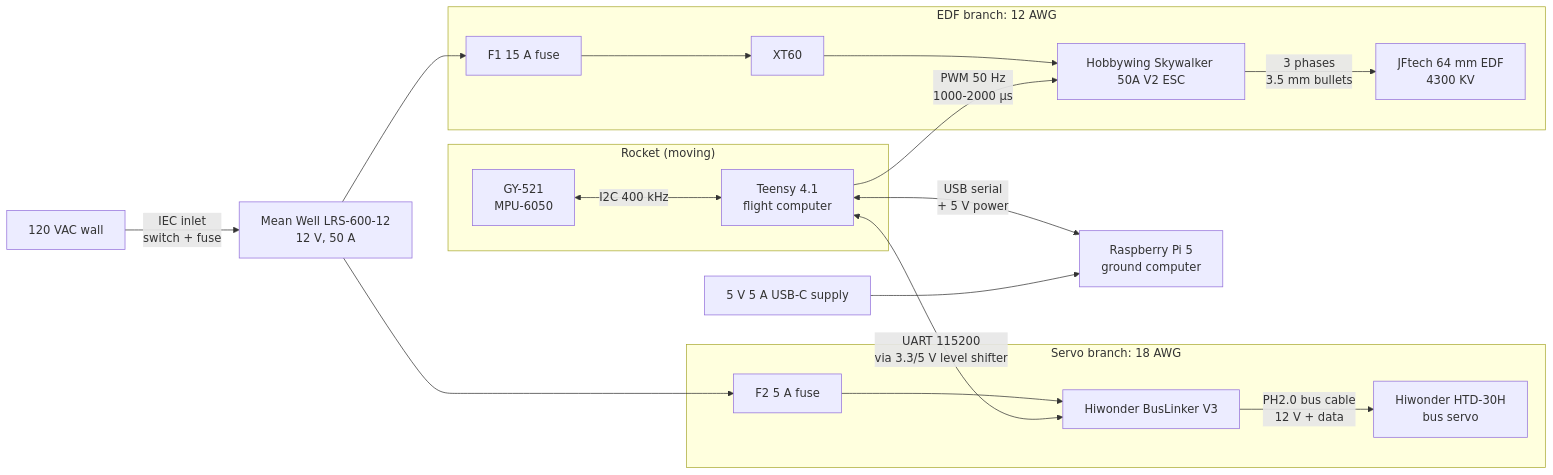
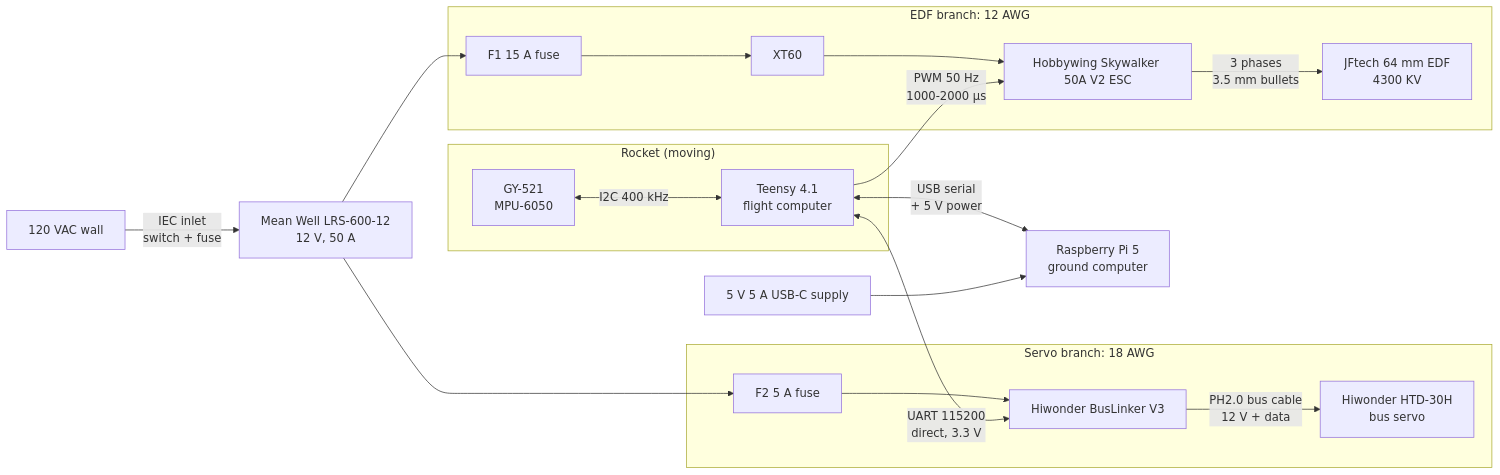
Before and after one commit to nsappling/ThrustVectorControl: the diagram in docs/system_overview.md, drawn with Mermaid. The commit also changed other lines of this file and 12 other files, not shown here.

First line of the commit message:
Wiring rev B: document as-built (no level shifter, IMU INT unused)

````diff
--- a/docs/system_overview.md
+++ b/docs/system_overview.md
@@ -7,28 +7,28 @@
 ```mermaid
 flowchart LR
     AC["120 VAC wall"] -->|"IEC inlet<br/>switch + fuse"| PSU["Mean Well LRS-600-12<br/>12 V, 50 A"]
 
     subgraph EDF_BRANCH["EDF branch: 12 AWG"]
         F1["F1 15 A fuse"] --> XT60["XT60"] --> ESC["Hobbywing Skywalker 50A V2 ESC"]
         ESC -->|"3 phases<br/>3.5 mm bullets"| EDF["JFtech 64 mm EDF<br/>4300 KV"]
     end
 
     subgraph SERVO_BRANCH["Servo branch: 18 AWG"]
         F2["F2 5 A fuse"] --> BL["Hiwonder BusLinker V3"]
         BL -->|"PH2.0 bus cable<br/>12 V + data"| SERVO["Hiwonder HTD-30H<br/>bus servo"]
     end
 
     PSU --> F1
     PSU --> F2
 
     subgraph ROCKET["Rocket (moving)"]
         IMU["GY-521<br/>MPU-6050"]
         TEENSY["Teensy 4.1<br/>flight computer"]
     end
 
     IMU <-->|"I2C 400 kHz"| TEENSY
     TEENSY -->|"PWM 50 Hz<br/>1000-2000 µs"| ESC
-    TEENSY <-->|"UART 115200<br/>via 3.3/5 V level shifter"| BL
+    TEENSY <-->|"UART 115200<br/>direct, 3.3 V"| BL
     TEENSY <-->|"USB serial<br/>+ 5 V power"| PI["Raspberry Pi 5<br/>ground computer"]
     WALL5["5 V 5 A USB-C supply"] --> PI
 ```
````
